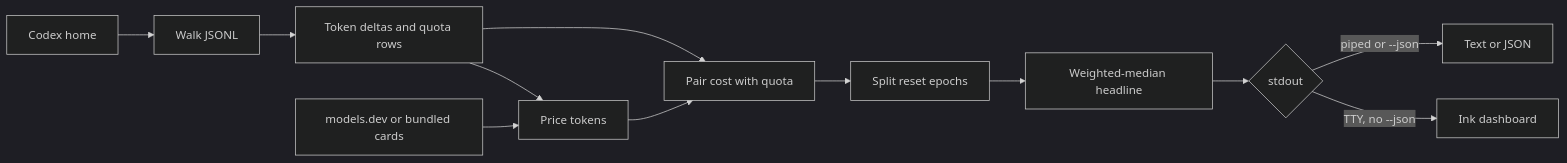
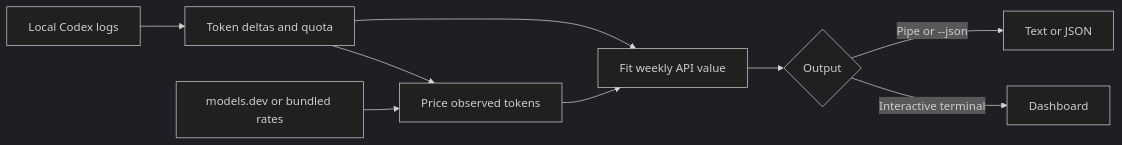
Before and after one commit to aneeshpatne/weeklygrant: the diagram in README.md, drawn with Mermaid (dark theme). The commit also changed other lines of this file, not shown here.

````diff
--- a/README.md
+++ b/README.md
@@ -47,14 +102,11 @@
 ```mermaid
 flowchart LR
-  Home[Codex home] --> Scan[Walk JSONL]
-  Scan --> Parse[Token deltas and quota rows]
-  Parse --> Price[Price tokens]
-  Cards[models.dev or bundled cards] --> Price
-  Price --> Pair[Pair cost with quota]
-  Parse --> Pair
-  Pair --> Epochs[Split reset epochs]
-  Epochs --> Fit[Weighted-median headline]
-  Fit --> Out{stdout}
-  Out -->|TTY, no --json| Tui[Ink dashboard]
-  Out -->|piped or --json| Text[Text or JSON]
+  Home[Local Codex logs] --> Parse[Token deltas and quota]
+  Parse --> Price[Price observed tokens]
+  Cards[models.dev or bundled rates] --> Price
+  Price --> Fit[Fit weekly API value]
+  Parse --> Fit
+  Fit --> Output{Output}
+  Output -->|Interactive terminal| TUI[Dashboard]
+  Output -->|Pipe or --json| Report[Text or JSON]
 ```
````
